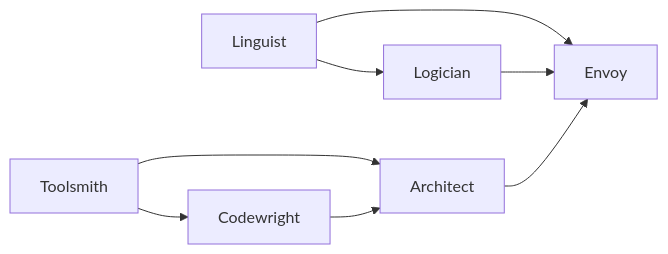
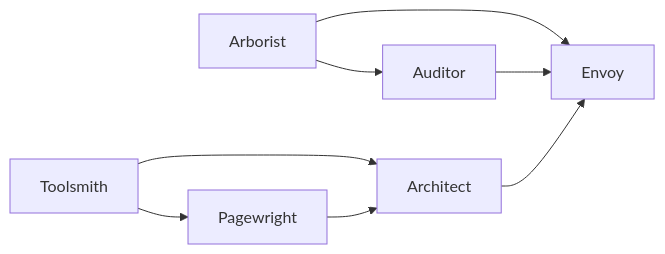
Before and after one commit to site-bender/sitebender: the diagram in docs/proposed-sequence.md, drawn with Mermaid. The commit also changed other lines of this file and 3889 other files, not shown here.

````diff
--- a/docs/proposed-sequence.md
+++ b/docs/proposed-sequence.md
@@ -246,10 +246,10 @@
 ```mermaid
 graph LR
-    Linguist --> Logician
-    Linguist --> Envoy
-    Toolsmith --> Codewright
+    Arborist --> Auditor
+    Arborist --> Envoy
+    Toolsmith --> Pagewright
     Toolsmith --> Architect
-    Codewright --> Architect
-    Logician --> Envoy
+    Pagewright --> Architect
+    Auditor --> Envoy
     Architect --> Envoy
 ```
````
